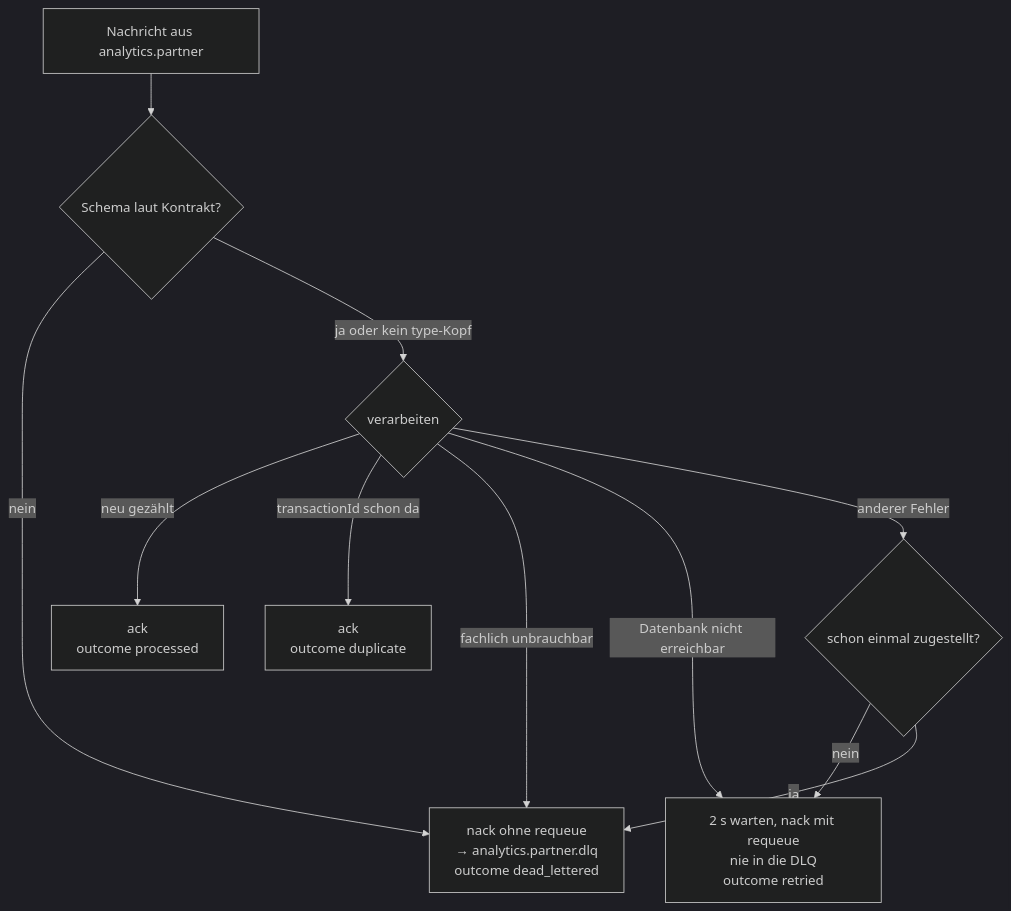
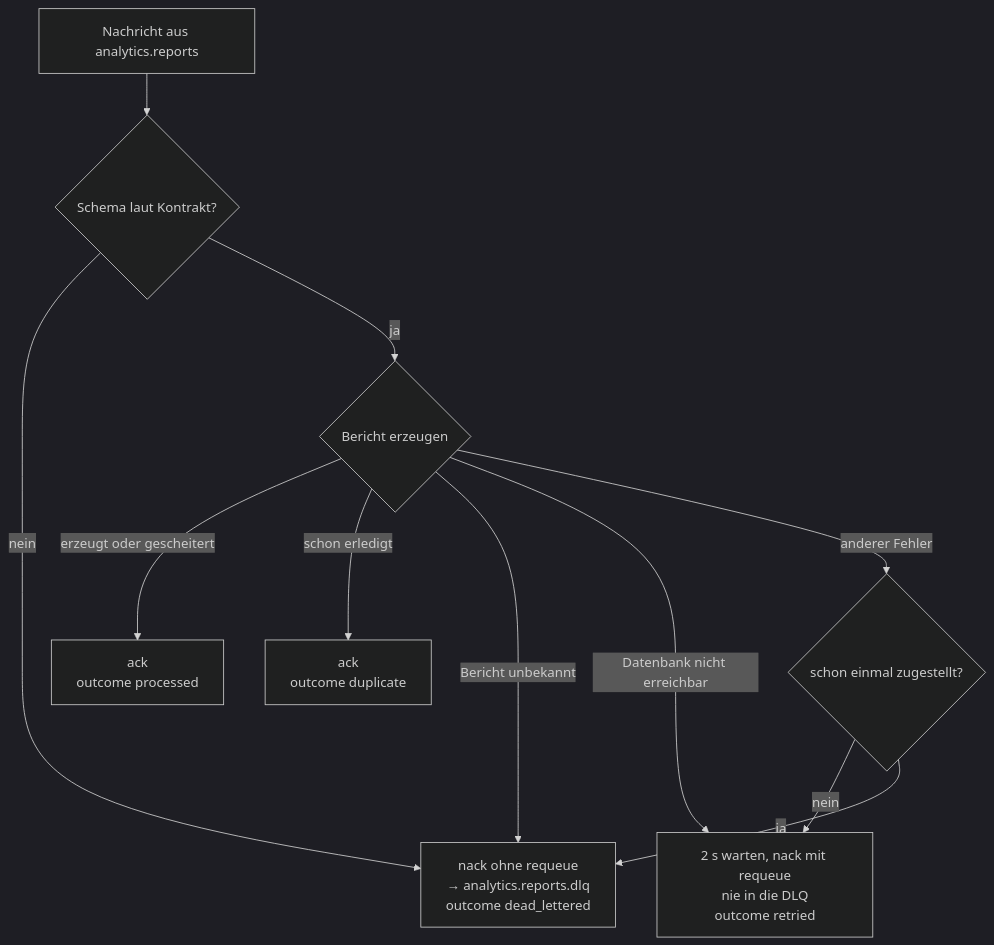
Before and after one commit to Leart165/321_leart: the fourth of 5 diagrams in docs/architecture.md, drawn with Mermaid (dark theme). The commit also changed other lines of this file and 110 other files, not shown here.

````diff
--- a/docs/architecture.md
+++ b/docs/architecture.md
@@ -167,13 +209,13 @@
 ```mermaid
 flowchart TD
-    n["Nachricht aus analytics.partner"] --> s{"Schema laut Kontrakt?"}
-    s -->|"nein"| dlq["nack ohne requeue<br/>→ analytics.partner.dlq<br/>outcome dead_lettered"]
-    s -->|"ja oder kein type-Kopf"| p{"verarbeiten"}
-    p -->|"neu gezählt"| ok["ack<br/>outcome processed"]
-    p -->|"transactionId schon da"| dup["ack<br/>outcome duplicate"]
-    p -->|"fachlich unbrauchbar"| dlq
+    n["Nachricht aus analytics.reports"] --> s{"Schema laut Kontrakt?"}
+    s -->|"nein"| dlq["nack ohne requeue<br/>→ analytics.reports.dlq<br/>outcome dead_lettered"]
+    s -->|"ja"| p{"Bericht erzeugen"}
+    p -->|"erzeugt oder gescheitert"| ok["ack<br/>outcome processed"]
+    p -->|"schon erledigt"| dup["ack<br/>outcome duplicate"]
+    p -->|"Bericht unbekannt"| dlq
     p -->|"Datenbank nicht erreichbar"| retry["2 s warten, nack mit requeue<br/>nie in die DLQ<br/>outcome retried"]
     p -->|"anderer Fehler"| r{"schon einmal zugestellt?"}
     r -->|"nein"| retry
     r -->|"ja"| dlq
 ```
````
